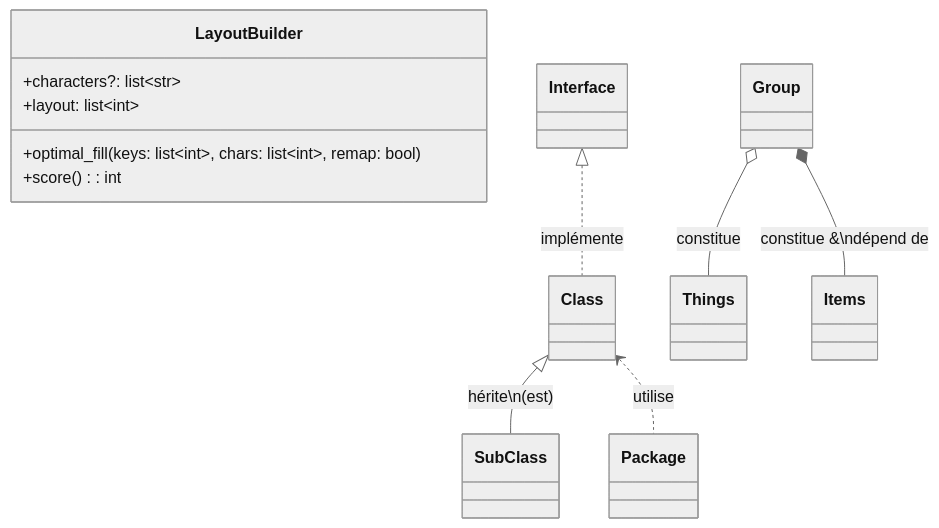
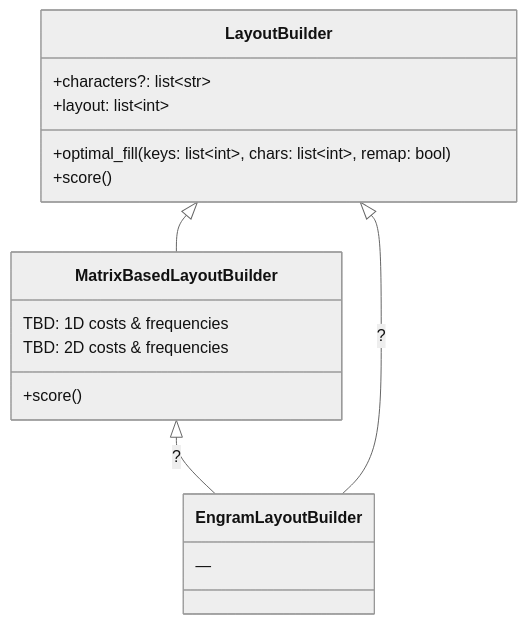
Before and after one commit to Bunker-D/engram: the first of 3 diagrams in notes.md, drawn with Mermaid (neutral theme). The commit also changed other lines of this file and 4 other files, not shown here.

````diff
--- a/notes.md
+++ b/notes.md
@@ -170,16 +170,24 @@
 ```mermaid
 classDiagram
 
 class LayoutBuilder {
 	+characters?: list~str~
 	+layout: list~int~
 	+optimal_fill(keys: list~int~, chars: list~int~, remap: bool)
-	+score(): int
+	+score()
 }
 
-Interface <|.. Class : implémente
-Class <|-- SubClass : hérite\n(est)
-Class <.. Package : utilise
-Group o-- Things : constitue
-Group *-- Items : constitue &\ndépend de
+class MatrixBasedLayoutBuilder {
+  TBD: 1D costs & frequencies
+  TBD: 2D costs & frequencies
+  +score()
+}
+
+class EngramLayoutBuilder {
+  —
+}
+
+LayoutBuilder <|-- MatrixBasedLayoutBuilder
+MatrixBasedLayoutBuilder <|-- EngramLayoutBuilder: ?
+LayoutBuilder <|-- EngramLayoutBuilder: ?
 ```
````
